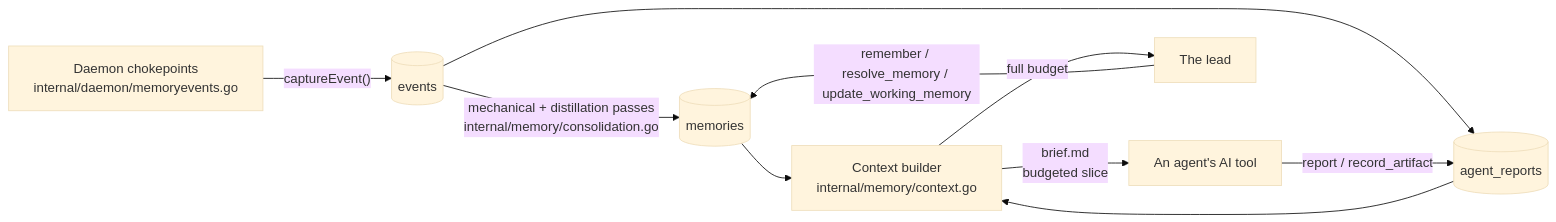
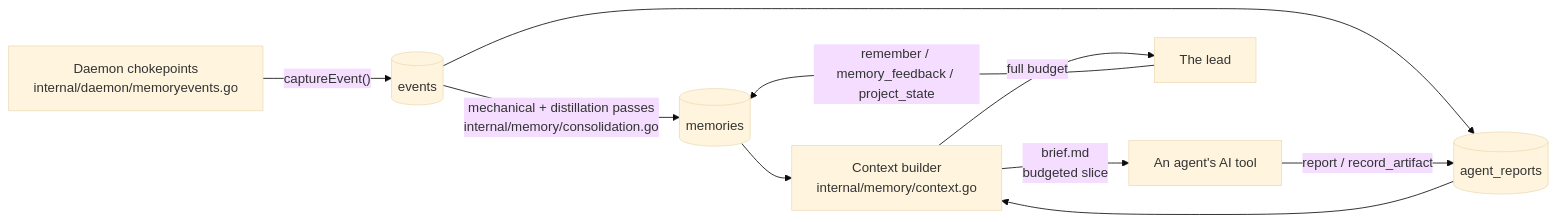
Before and after one commit to leciric/agentbox: the first of 2 diagrams in docs/memory.md, drawn with Mermaid (base theme). The commit also changed other lines of this file and 36 other files, not shown here.

````diff
--- a/docs/memory.md
+++ b/docs/memory.md
@@ -10,12 +10,12 @@
 ```mermaid
 flowchart LR
     Daemon["Daemon chokepoints\ninternal/daemon/memoryevents.go"] -- "captureEvent()" --> Events[("events")]
     Events -- "mechanical + distillation passes\ninternal/memory/consolidation.go" --> Memories[("memories")]
     Events --> Reports[("agent_reports")]
     Memories --> Context["Context builder\ninternal/memory/context.go"]
     Reports --> Context
     Context -- "brief.md\nbudgeted slice" --> Agent["An agent's AI tool"]
     Context -- "full budget" --> Lead["The lead"]
-    Lead -- "remember / resolve_memory / update_working_memory" --> Memories
+    Lead -- "remember / memory_feedback / project_state" --> Memories
     Agent -- "report / record_artifact" --> Reports
 ```
````
